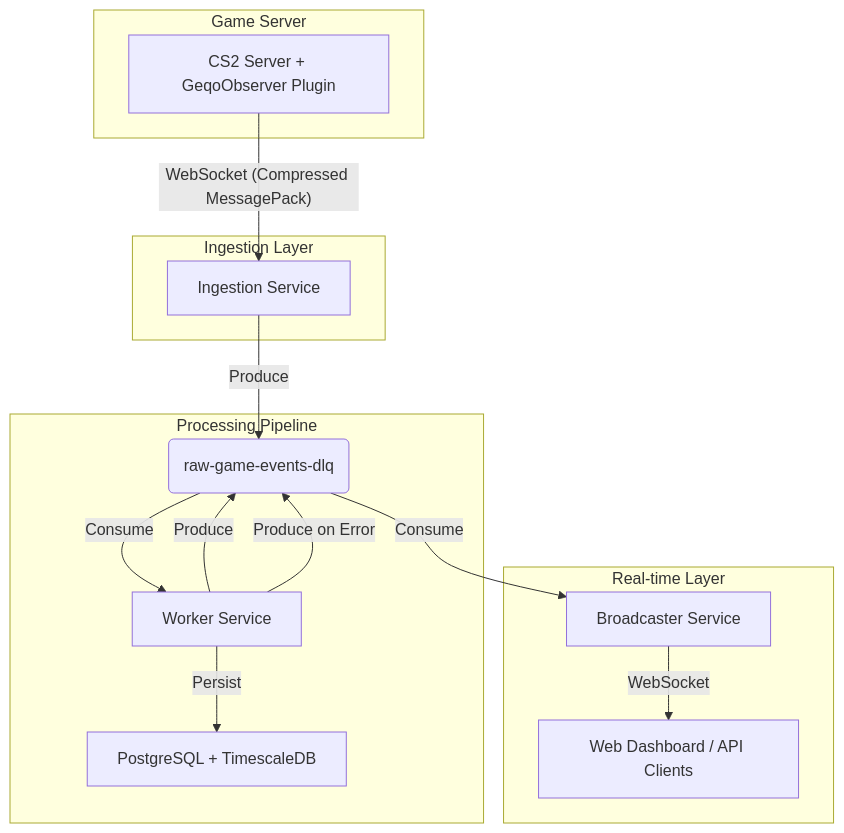
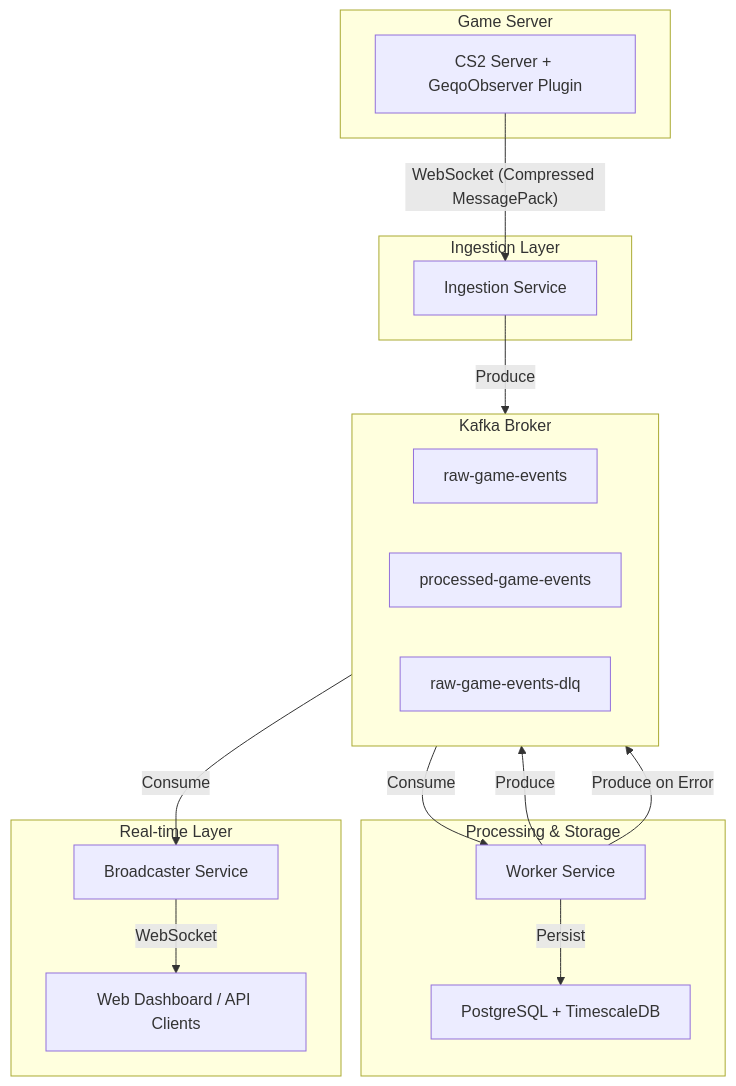
One commit to geqo/cs2-observer changed the diagram in README.md. Above: the diagram before and after it, drawn with Mermaid.

Commit message:
Refactor Kafka Broker subgraph in README

```diff
--- a/README.md
+++ b/README.md
@@ -17,30 +17,36 @@
 ~~~mermaid
 flowchart TD
     subgraph Game Server
         A[CS2 Server + GeqoObserver Plugin]
     end
 
     subgraph Ingestion Layer
         B[Ingestion Service]
     end
 
-    subgraph Processing Pipeline
-        C[Kafka Broker]
+    subgraph Kafka Broker
+        direction LR
+        RAW[raw-game-events]
+        PROCESSED[processed-game-events]
+        DLQ[raw-game-events-dlq]
+    end
+
+    subgraph Processing & Storage
         D[Worker Service]
         E[PostgreSQL + TimescaleDB]
     end
     
     subgraph Real-time Layer
         F[Broadcaster Service]
         G[Web Dashboard / API Clients]
     end
 
     A -- WebSocket (Compressed MessagePack) --> B
-    B -- Produce --> C(raw-game-events)
-    C -- Consume --> D
+    B -- Produce --> RAW
+    RAW -- Consume --> D
     D -- Persist --> E
-    D -- Produce --> C(processed-game-events)
-    C -- Consume --> F
+    D -- Produce --> PROCESSED
+    PROCESSED -- Consume --> F
     F -- WebSocket --> G
-    D -- Produce on Error --> C(raw-game-events-dlq)
+    D -- Produce on Error --> DLQ
 ~~~
```
